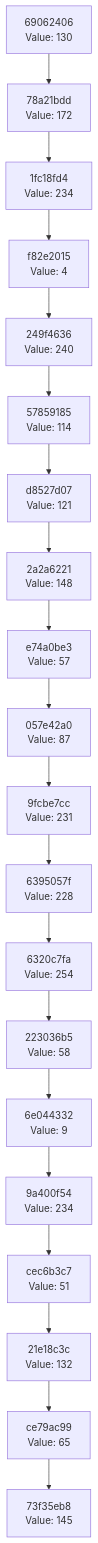
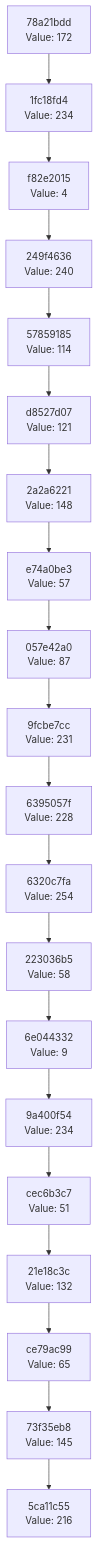
Before and after one commit to Abhisheksinha1506/hash-chain-evolver: the diagram in docs/CHAIN_VISUALIZATION.md, drawn with Mermaid. The commit also changed 3 other files, not shown here.

````diff
--- a/docs/CHAIN_VISUALIZATION.md
+++ b/docs/CHAIN_VISUALIZATION.md
@@ -3,42 +3,42 @@
 ```mermaid
 graph TD
-    C0["73f35eb8<br/>Value: 145"]
-    C1["ce79ac99<br/>Value: 65"]
+    C0["5ca11c55<br/>Value: 216"]
+    C1["73f35eb8<br/>Value: 145"]
     C1 --> C0
-    C2["21e18c3c<br/>Value: 132"]
+    C2["ce79ac99<br/>Value: 65"]
     C2 --> C1
-    C3["cec6b3c7<br/>Value: 51"]
+    C3["21e18c3c<br/>Value: 132"]
     C3 --> C2
-    C4["9a400f54<br/>Value: 234"]
+    C4["cec6b3c7<br/>Value: 51"]
     C4 --> C3
-    C5["6e044332<br/>Value: 9"]
+    C5["9a400f54<br/>Value: 234"]
     C5 --> C4
-    C6["223036b5<br/>Value: 58"]
+    C6["6e044332<br/>Value: 9"]
     C6 --> C5
-    C7["6320c7fa<br/>Value: 254"]
+    C7["223036b5<br/>Value: 58"]
     C7 --> C6
-    C8["6395057f<br/>Value: 228"]
+    C8["6320c7fa<br/>Value: 254"]
     C8 --> C7
-    C9["9fcbe7cc<br/>Value: 231"]
+    C9["6395057f<br/>Value: 228"]
     C9 --> C8
-    C10["057e42a0<br/>Value: 87"]
+    C10["9fcbe7cc<br/>Value: 231"]
     C10 --> C9
-    C11["e74a0be3<br/>Value: 57"]
+    C11["057e42a0<br/>Value: 87"]
     C11 --> C10
-    C12["2a2a6221<br/>Value: 148"]
+    C12["e74a0be3<br/>Value: 57"]
     C12 --> C11
-    C13["d8527d07<br/>Value: 121"]
+    C13["2a2a6221<br/>Value: 148"]
     C13 --> C12
-    C14["57859185<br/>Value: 114"]
+    C14["d8527d07<br/>Value: 121"]
     C14 --> C13
-    C15["249f4636<br/>Value: 240"]
+    C15["57859185<br/>Value: 114"]
     C15 --> C14
-    C16["f82e2015<br/>Value: 4"]
+    C16["249f4636<br/>Value: 240"]
     C16 --> C15
-    C17["1fc18fd4<br/>Value: 234"]
+    C17["f82e2015<br/>Value: 4"]
     C17 --> C16
-    C18["78a21bdd<br/>Value: 172"]
+    C18["1fc18fd4<br/>Value: 234"]
     C18 --> C17
-    C19["69062406<br/>Value: 130"]
+    C19["78a21bdd<br/>Value: 172"]
     C19 --> C18
 ```
````
